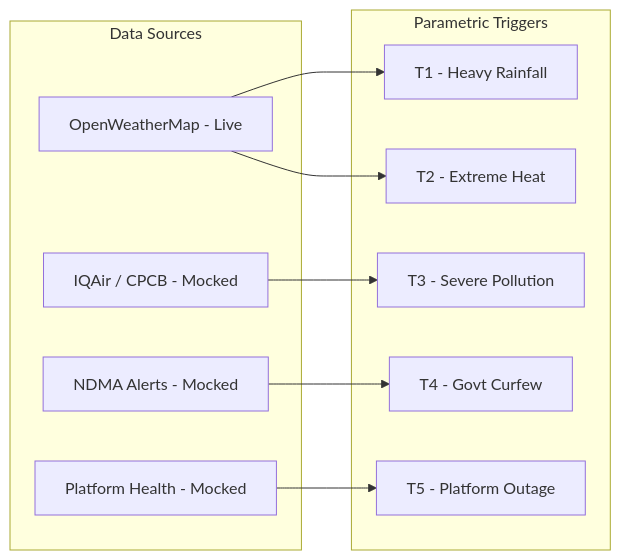
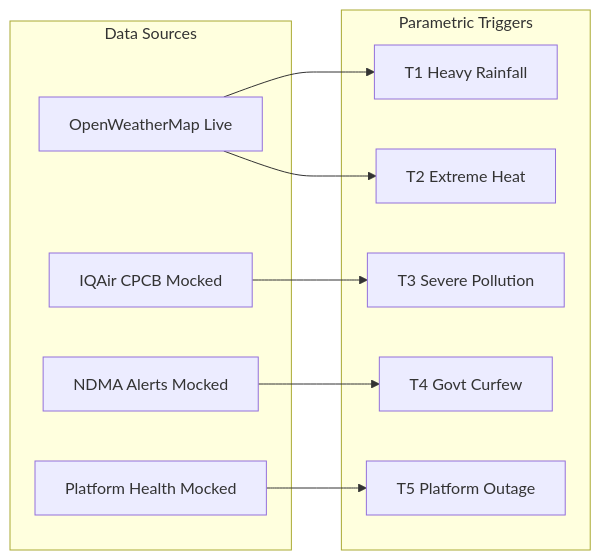
One commit to Ryuga-Mvp/GigShield changed the fourth of 6 diagrams in README.md. Above: the diagram before and after it, drawn with Mermaid. The commit also changed other lines of this file, not shown here.

````diff
--- a/README.md
+++ b/README.md
@@ -231,22 +239,23 @@
 ```mermaid
 graph LR
-    subgraph SOURCES["Data Sources"]
-        S1[OpenWeatherMap - Live]
-        S2[IQAir / CPCB - Mocked]
-        S3[NDMA Alerts - Mocked]
-        S4[Platform Health - Mocked]
+    subgraph SOURCES[Data Sources]
+        S1[OpenWeatherMap Live]
+        S2[IQAir CPCB Mocked]
+        S3[NDMA Alerts Mocked]
+        S4[Platform Health Mocked]
     end
 
-    subgraph TRIGGERS["Parametric Triggers"]
-        T1[T1 - Heavy Rainfall]
-        T2[T2 - Extreme Heat]
-        T3[T3 - Severe Pollution]
-        T4[T4 - Govt Curfew]
-        T5[T5 - Platform Outage]
+    subgraph TRIGGERS[Parametric Triggers]
+        T1[T1 Heavy Rainfall]
+        T2[T2 Extreme Heat]
+        T3[T3 Severe Pollution]
+        T4[T4 Govt Curfew]
+        T5[T5 Platform Outage]
     end
 
-    S1 --> T1 & T2
+    S1 --> T1
+    S1 --> T2
     S2 --> T3
     S3 --> T4
     S4 --> T5
 ```
````
